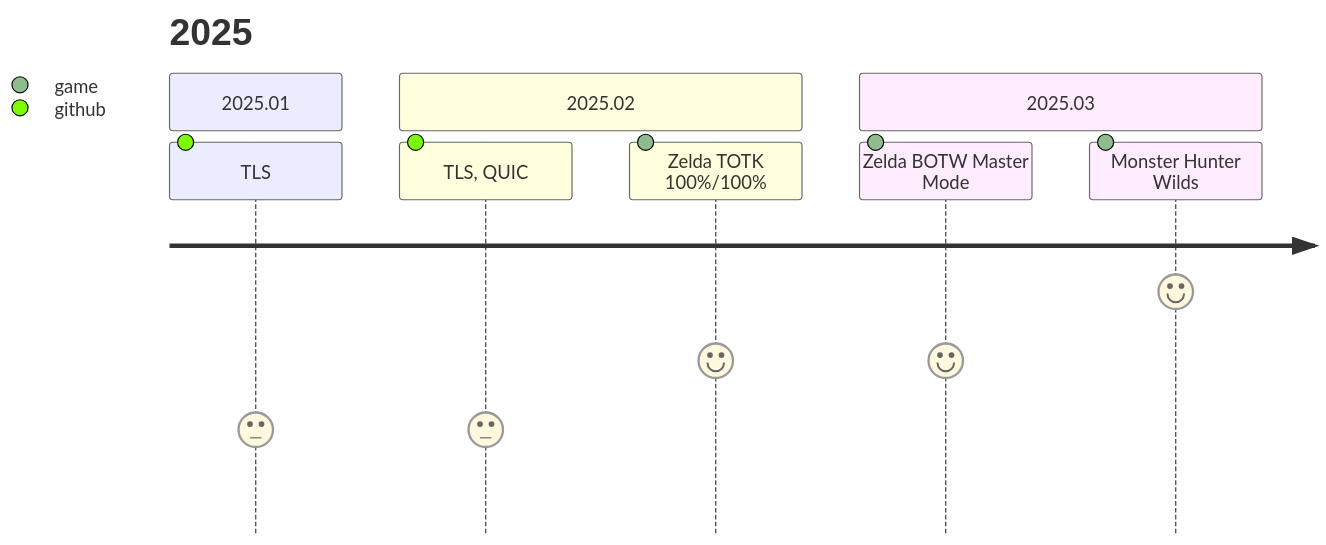
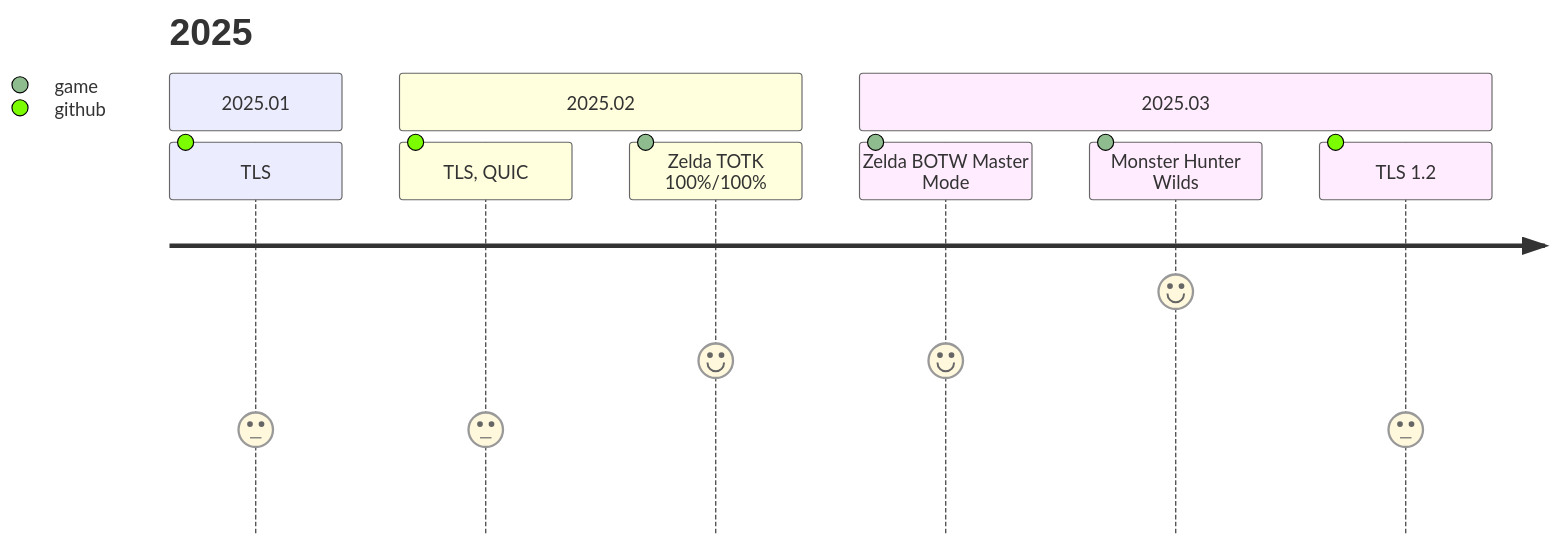
The second of 4 diagrams in DEVNOTES.md (princeb612/hotplace), drawn with Mermaid before and after one commit. The commit also changed other lines of this file and 111 other files, not shown here.

````diff
--- a/DEVNOTES.md
+++ b/DEVNOTES.md
@@ -293,12 +291,14 @@
 ```mermaid
 journey
   title 2025
   section 2025.01
     TLS:3:github
   section 2025.02
     TLS, QUIC:3:github
     Zelda TOTK 100%/100%:5:game
   section 2025.03
     Zelda BOTW Master Mode:5:game
     Monster Hunter Wilds:7:game
+    TLS 1.2:3:github
+  section 2025.04
 ```
````
